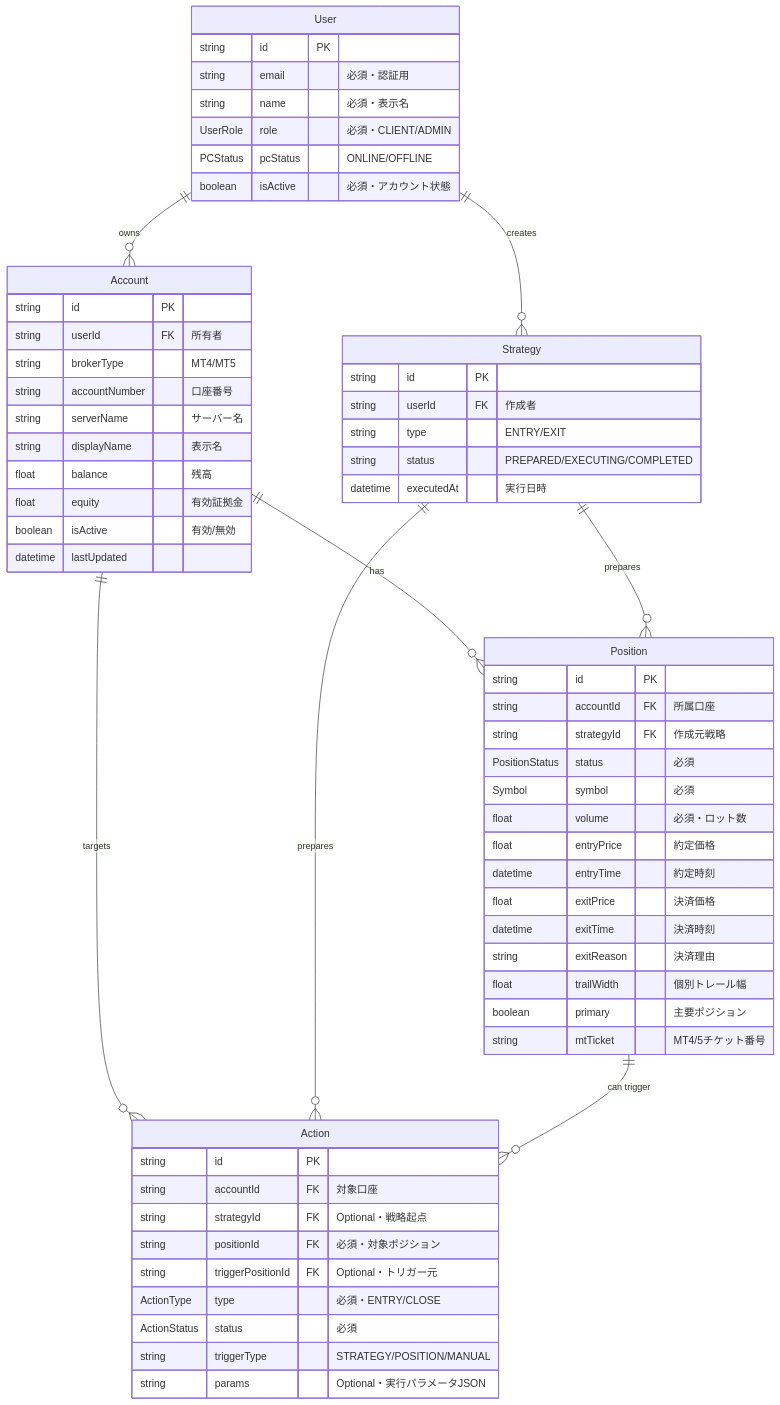
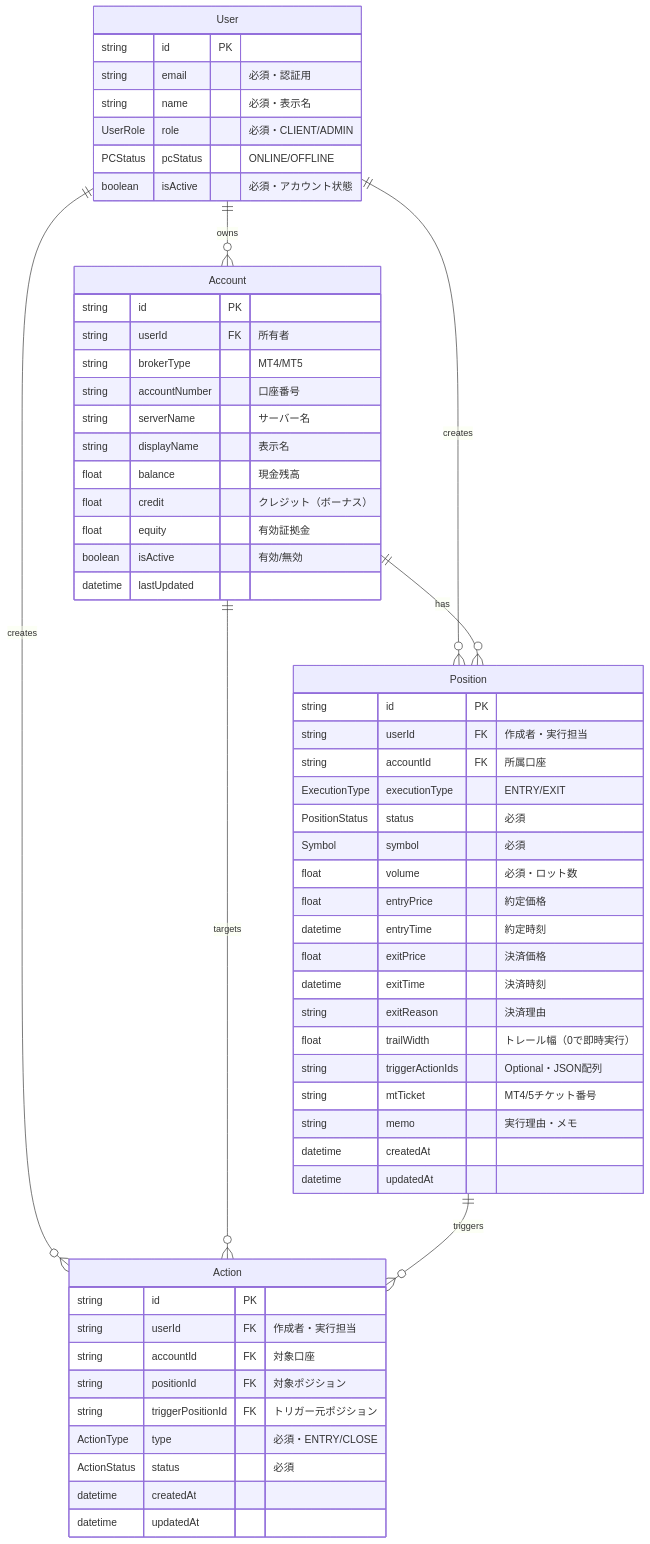
The second of 16 diagrams in MVPシステム設計.md (rnrnstar2/ArbitrageAssistant), drawn with Mermaid before and after one commit. The commit also changed other lines of this file and 111 other files, not shown here.

````diff
--- a/MVPシステム設計.md
+++ b/MVPシステム設計.md
@@ -52,69 +53,65 @@
 ```mermaid
 erDiagram
     User ||--o{ Account : owns
-    User ||--o{ Strategy : creates
+    User ||--o{ Position : creates
+    User ||--o{ Action : creates
     Account ||--o{ Position : has
     Account ||--o{ Action : targets
-    Strategy ||--o{ Position : prepares
-    Strategy ||--o{ Action : prepares
-    Position ||--o{ Action : "can trigger"
-    
+    Position ||--o{ Action : triggers
+
     User {
         string id PK
         string email "必須・認証用"
         string name "必須・表示名"
         UserRole role "必須・CLIENT/ADMIN"
         PCStatus pcStatus "ONLINE/OFFLINE"
         boolean isActive "必須・アカウント状態"
     }
-    
+
     Account {
         string id PK
         string userId FK "所有者"
         string brokerType "MT4/MT5"
         string accountNumber "口座番号"
         string serverName "サーバー名"
         string displayName "表示名"
-        float balance "残高"
+        float balance "現金残高"
+        float credit "クレジット（ボーナス）"
         float equity "有効証拠金"
         boolean isActive "有効/無効"
         datetime lastUpdated
     }
-    
-    Strategy {
-        string id PK
-        string userId FK "作成者"
-        string type "ENTRY/EXIT"
-        string status "PREPARED/EXECUTING/COMPLETED"
-        datetime executedAt "実行日時"
-    }
-    
+
     Position {
         string id PK
+        string userId FK "作成者・実行担当"
         string accountId FK "所属口座"
-        string strategyId FK "作成元戦略"
+        ExecutionType executionType "ENTRY/EXIT"
         PositionStatus status "必須"
         Symbol symbol "必須"
         float volume "必須・ロット数"
         float entryPrice "約定価格"
         datetime entryTime "約定時刻"
         float exitPrice "決済価格"
         datetime exitTime "決済時刻"
         string exitReason "決済理由"
-        float trailWidth "個別トレール幅"
-        boolean primary "主要ポジション"
+        float trailWidth "トレール幅（0で即時実行）"
+        string triggerActionIds "Optional・JSON配列"
         string mtTicket "MT4/5チケット番号"
+        string memo "実行理由・メモ"
+        datetime createdAt
+        datetime updatedAt
     }
-    
+
     Action {
         string id PK
+        string userId FK "作成者・実行担当"
         string accountId FK "対象口座"
-        string strategyId FK "Optional・戦略起点"
-        string positionId FK "必須・対象ポジション"
-        string triggerPositionId FK "Optional・トリガー元"
+        string positionId FK "対象ポジション"
+        string triggerPositionId FK "トリガー元ポジション"
         ActionType type "必須・ENTRY/CLOSE"
         ActionStatus status "必須"
-        string triggerType "STRATEGY/POSITION/MANUAL"
-        string params "Optional・実行パラメータJSON"
+        datetime createdAt
+        datetime updatedAt
     }
 ```
````
